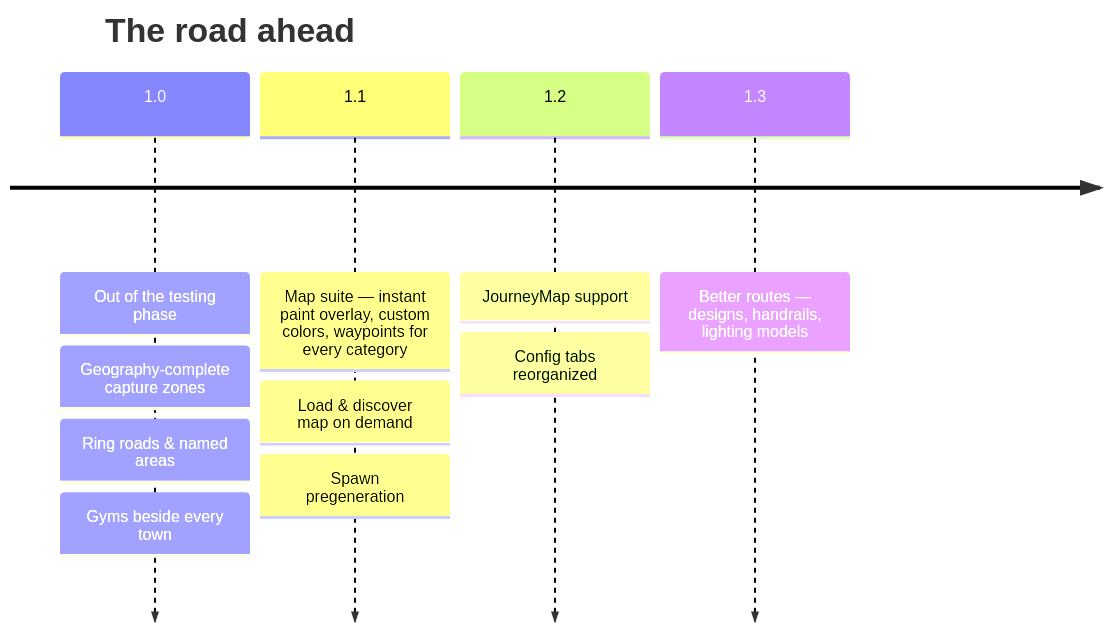
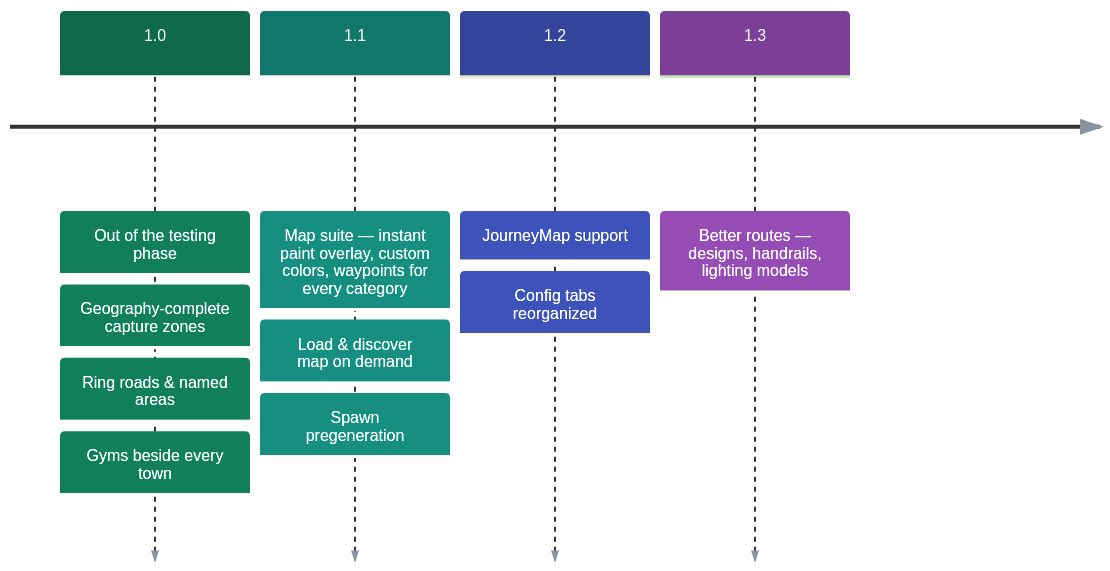
The diagram in docs/routes/roadmap.md (manucruzleiva/mod-wiki), drawn with Mermaid before and after one commit. The commit also changed other lines of this file and 17 other files, not shown here.

````diff
--- a/docs/routes/roadmap.md
+++ b/docs/routes/roadmap.md
@@ -7,14 +12,14 @@
 ```mermaid
+%%{init:{"theme":"base","themeVariables":{"cScale0":"#0e6a4b","cScaleLabel0":"#ffffff","cScale1":"#12776b","cScaleLabel1":"#ffffff","cScale2":"#33459b","cScaleLabel2":"#ffffff","cScale3":"#7c3f97","cScaleLabel3":"#ffffff","cScale4":"#b1452c","cScaleLabel4":"#ffffff","cScale5":"#96600d","cScaleLabel5":"#ffffff","lineColor":"#8b949e","textColor":"#8b949e"}}}%%
 timeline
-    title The road ahead
     1.0 : Out of the testing phase
         : Geography-complete capture zones
         : Ring roads & named areas
         : Gyms beside every town
     1.1 : Map suite — instant paint overlay, custom colors, waypoints for every category
         : Load & discover map on demand
         : Spawn pregeneration
     1.2 : JourneyMap support
         : Config tabs reorganized
     1.3 : Better routes — designs, handrails, lighting models
 ```
````
